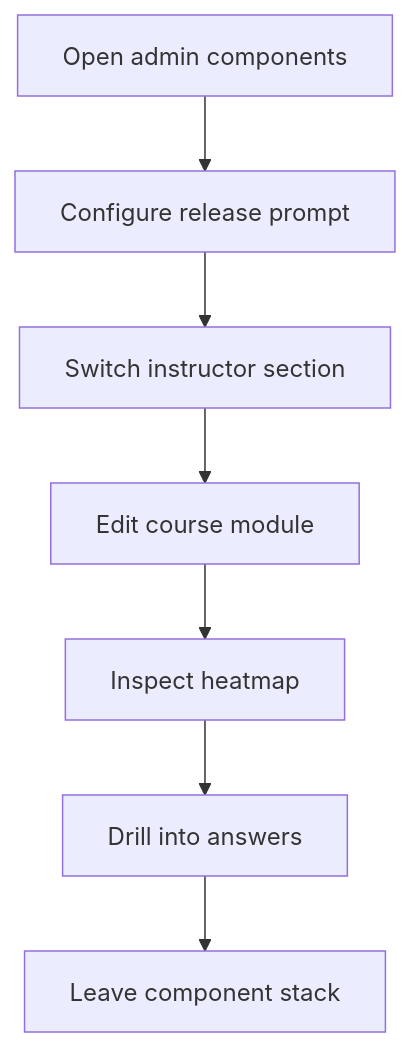
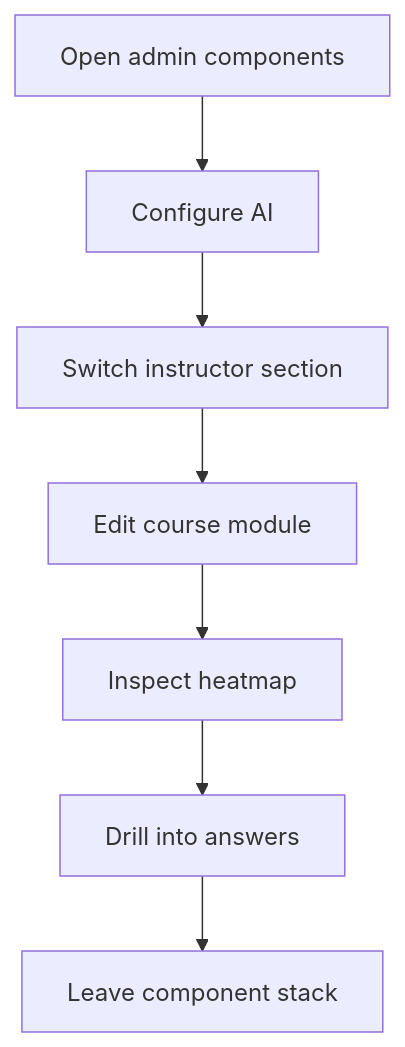
The diagram in docs/Codebase/Frontend/src/admin/components/README.md (JohnAndrewBalbarosa/NeoTerritory), drawn with Mermaid before and after one commit. The commit also changed other lines of this file and 13 other files, not shown here.

````diff
--- a/docs/Codebase/Frontend/src/admin/components/README.md
+++ b/docs/Codebase/Frontend/src/admin/components/README.md
@@ -21,11 +22,11 @@
 ```mermaid
 flowchart TD
     Start["Open admin components"]
-    N0["Configure release prompt"]
+    N0["Configure AI"]
     N1["Switch instructor section"]
     N2["Edit course module"]
     N3["Inspect heatmap"]
     N4["Drill into answers"]
     End["Leave component stack"]
     Start --> N0 --> N1 --> N2 --> N3 --> N4 --> End
 ```
````
